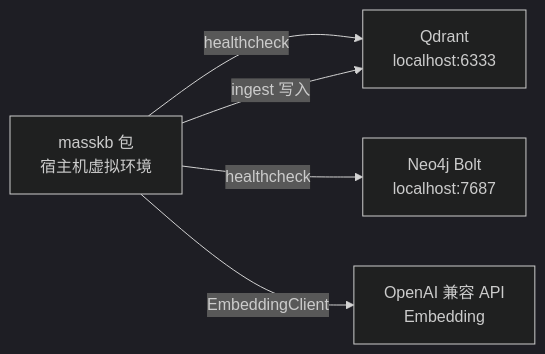
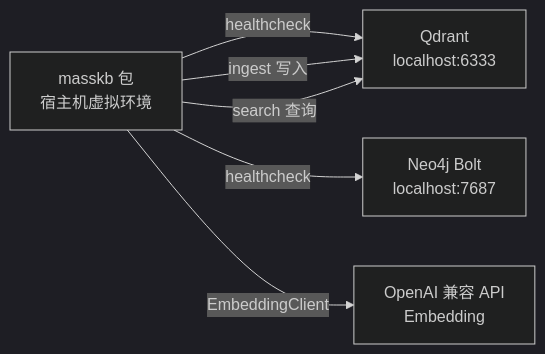
Before and after one commit to bgwealth2027/masskb: the diagram in README.md, drawn with Mermaid (dark theme). The commit also changed other lines of this file and 9 other files, not shown here.

````diff
--- a/README.md
+++ b/README.md
@@ -42,12 +42,13 @@
 ```mermaid
 flowchart LR
   pkg["masskb 包\n宿主机虚拟环境"]
   qdrant["Qdrant\nlocalhost:6333"]
   neo4j["Neo4j Bolt\nlocalhost:7687"]
   api["OpenAI 兼容 API\nEmbedding"]
 
   pkg -->|"healthcheck"| qdrant
   pkg -->|"ingest 写入"| qdrant
+  pkg -->|"search 查询"| qdrant
   pkg -->|"healthcheck"| neo4j
   pkg -->|"EmbeddingClient"| api
 ```
````
